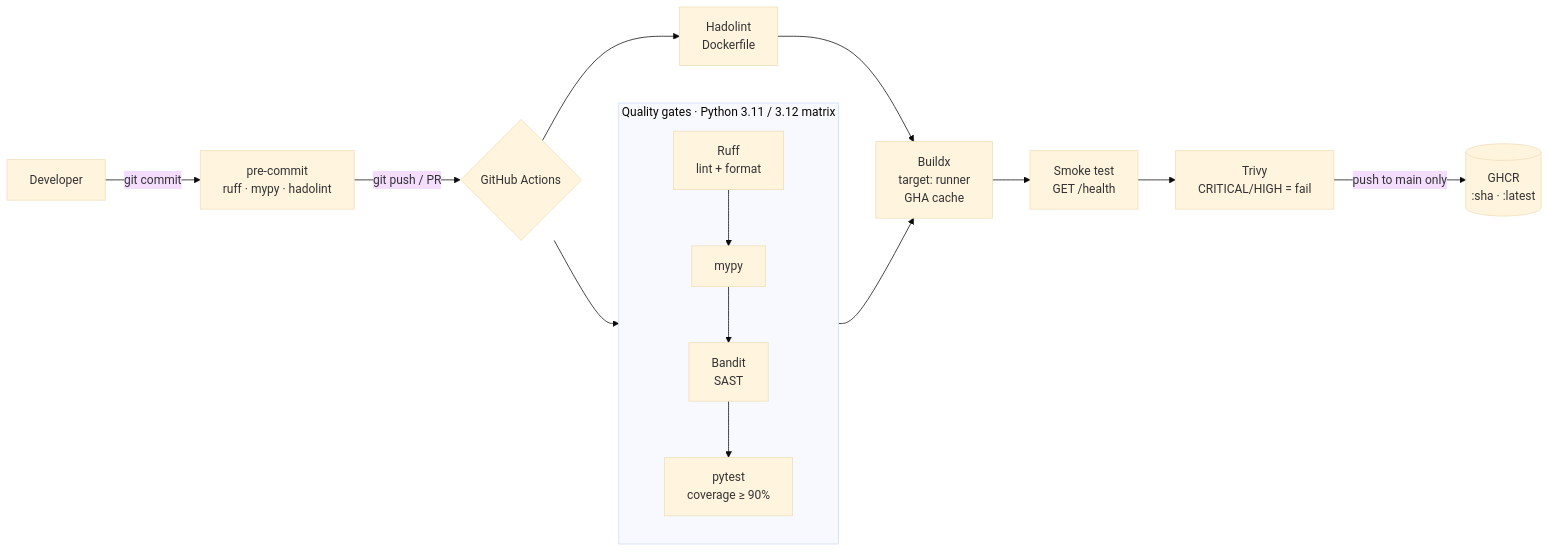
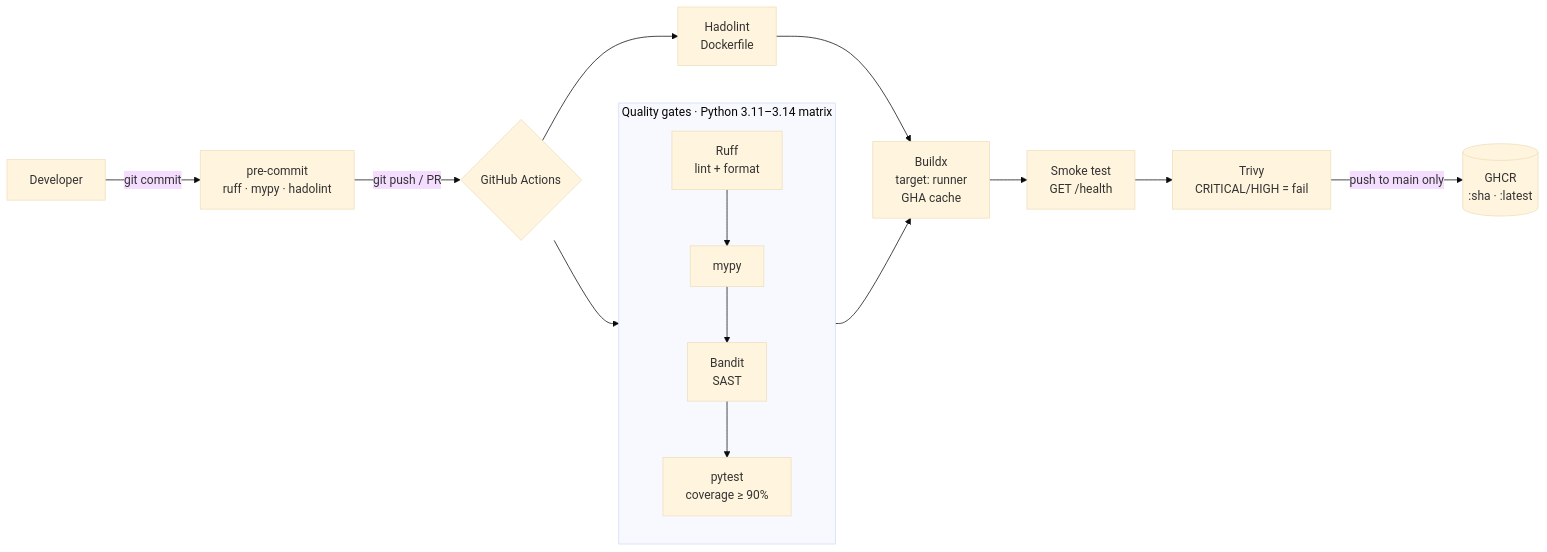
Before and after one commit to DiegoTepichin/cicd-pipeline: the first of 2 diagrams in README.md, drawn with Mermaid (base theme). The commit also changed other lines of this file and 2 other files, not shown here.

Commit message:
ci: test on Python 3.11 through 3.14
Backs the README's 'Python 3.11+' requirement with CI coverage.

````diff
--- a/README.md
+++ b/README.md
@@ -34,17 +34,17 @@
 ```mermaid
 flowchart LR
     dev[Developer] -->|git commit| hooks[pre-commit<br/>ruff · mypy · hadolint]
     hooks -->|git push / PR| gha{GitHub Actions}
 
-    subgraph QG[Quality gates · Python 3.11 / 3.12 matrix]
+    subgraph QG[Quality gates · Python 3.11–3.14 matrix]
         lint[Ruff<br/>lint + format] --> types[mypy] --> sast[Bandit<br/>SAST] --> tests[pytest<br/>coverage ≥ 90%]
     end
     gha --> QG
     gha --> hl[Hadolint<br/>Dockerfile]
 
     QG --> build[Buildx<br/>target: runner<br/>GHA cache]
     hl --> build
     build --> smoke[Smoke test<br/>GET /health]
     smoke --> trivy[Trivy<br/>CRITICAL/HIGH = fail]
     trivy -->|push to main only| ghcr[(GHCR<br/>:sha · :latest)]
 ```
````
